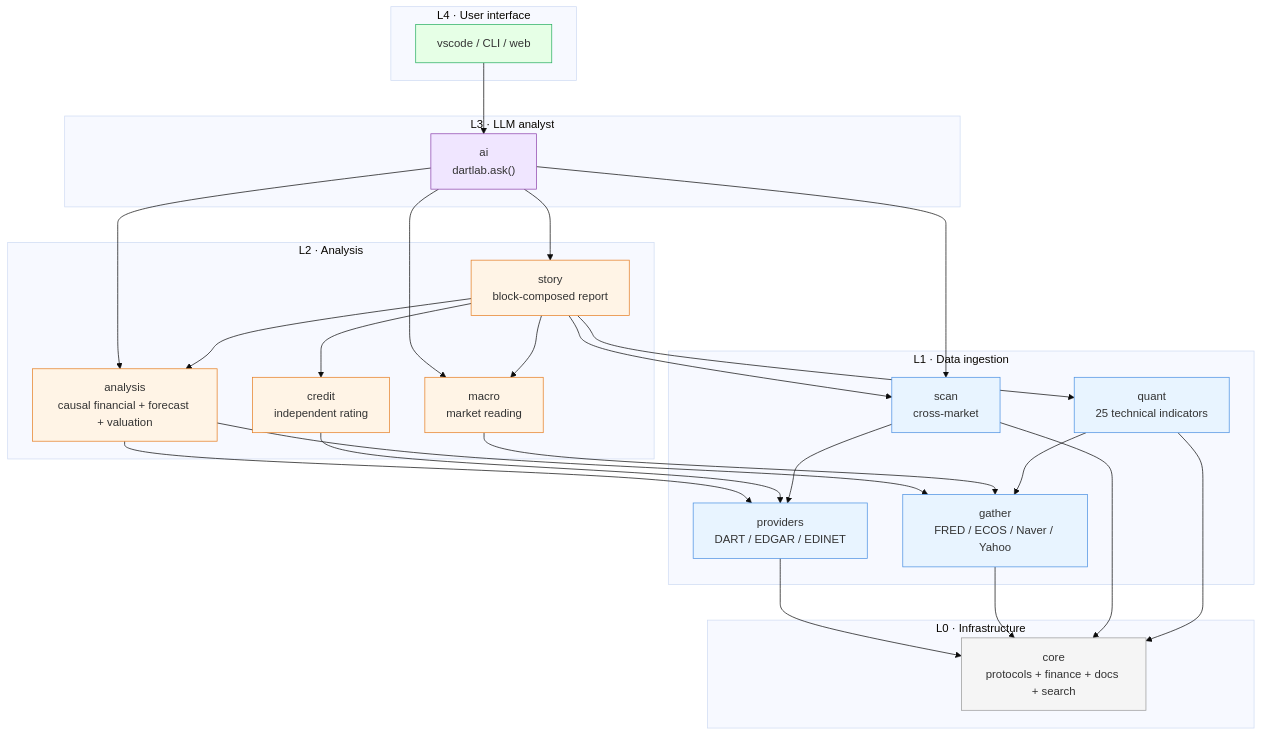
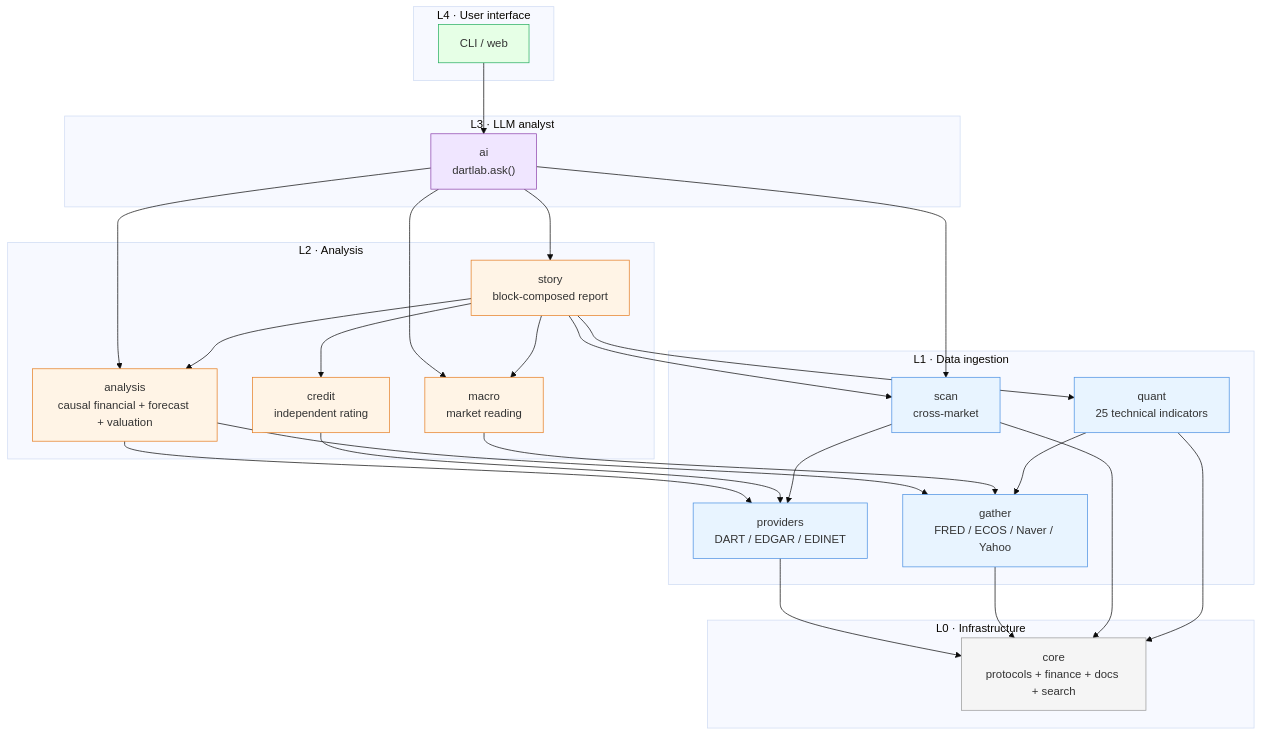
One commit to zkznxk123-sys/dartlab changed the diagram in README_EN.md. Above: the diagram before and after it, drawn with Mermaid (base theme). The commit also changed other lines of this file and 102 other files, not shown here.

````diff
--- a/README_EN.md
+++ b/README_EN.md
@@ -387,56 +386,56 @@
 ```mermaid
 flowchart TB
     subgraph L4["L4 · User interface"]
-        UI["vscode / CLI / web"]
+        UI["CLI / web"]
     end
     subgraph L3["L3 · LLM analyst"]
         AI["ai<br/>dartlab.ask()"]
     end
     subgraph L2["L2 · Analysis"]
         ANA["analysis<br/>causal financial + forecast + valuation"]
         CRD["credit<br/>independent rating"]
         MAC["macro<br/>market reading"]
         REV["story<br/>block-composed report"]
     end
     subgraph L1["L1 · Data ingestion"]
         PRV["providers<br/>DART / EDGAR / EDINET"]
         GAT["gather<br/>FRED / ECOS / Naver / Yahoo"]
         SCN["scan<br/>cross-market"]
         QNT["quant<br/>25 technical indicators"]
     end
     subgraph L0["L0 · Infrastructure"]
         CORE["core<br/>protocols + finance + docs + search"]
     end
 
     UI --> AI
     AI --> REV
     AI --> ANA
     AI --> MAC
     AI --> SCN
     REV --> ANA
     REV --> CRD
     REV --> SCN
     REV --> QNT
     REV --> MAC
     ANA --> PRV
     ANA --> GAT
     CRD --> PRV
     MAC --> GAT
     SCN --> PRV
     QNT --> GAT
     PRV --> CORE
     GAT --> CORE
     SCN --> CORE
     QNT --> CORE
 
     classDef l0 fill:#f5f5f5,stroke:#999
     classDef l1 fill:#e8f4ff,stroke:#4a90e2
     classDef l2 fill:#fff4e6,stroke:#e67e22
     classDef l3 fill:#f0e6ff,stroke:#8e44ad
     classDef l4 fill:#e6ffe6,stroke:#27ae60
     class CORE l0
     class PRV,GAT,SCN,QNT l1
     class ANA,CRD,MAC,REV l2
     class AI l3
     class UI l4
 ```
````
